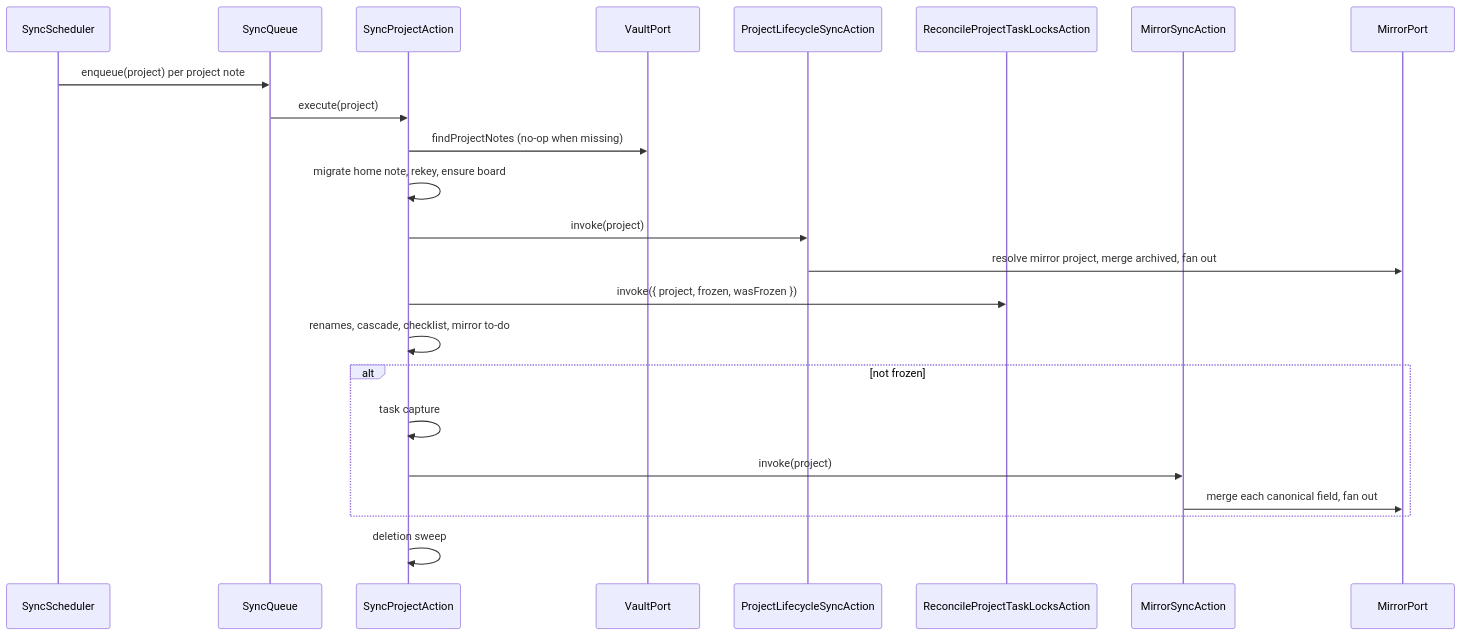
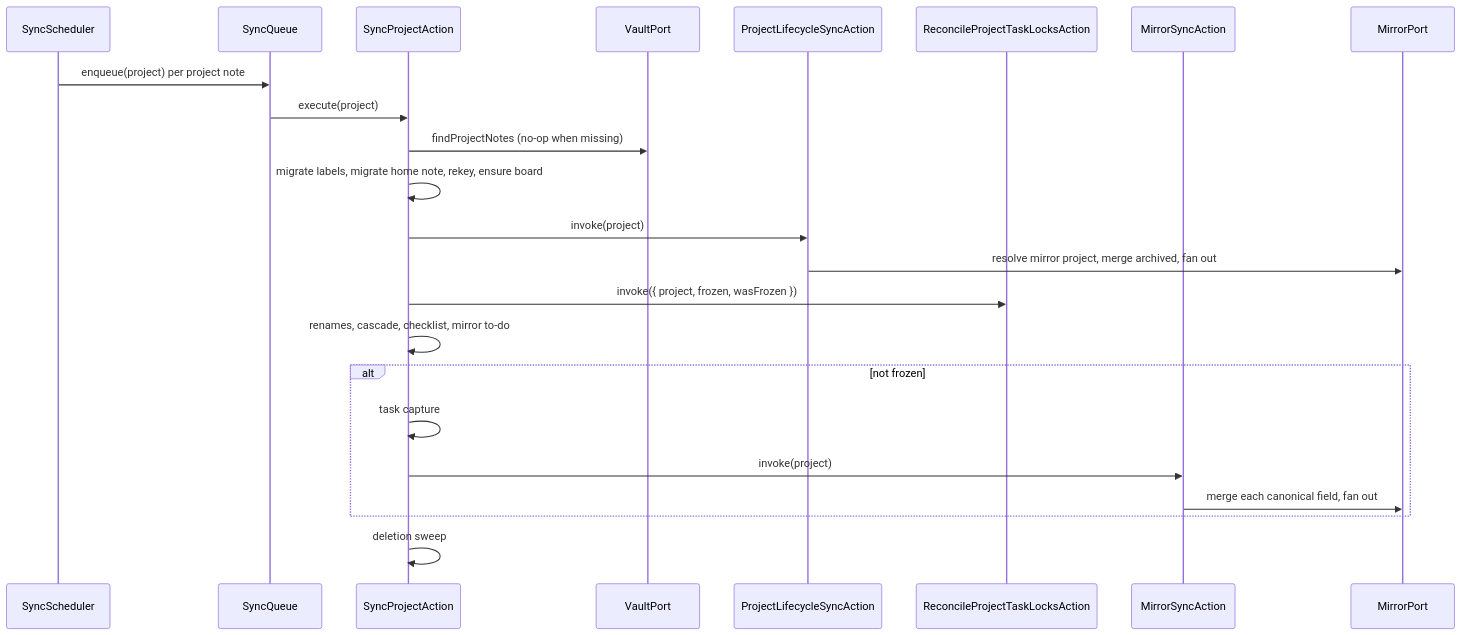
Before and after one commit to 99linesofcode/obsidian-project-management: the diagram in ARCHITECTURE.md, drawn with Mermaid. The commit also changed other lines of this file and 1 other file, not shown here.

First line of the commit message:
docs(migration): the leading migrate-labels step

````diff
--- a/ARCHITECTURE.md
+++ b/ARCHITECTURE.md
@@ -123,26 +125,26 @@
 ```mermaid
 sequenceDiagram
   participant Sched as SyncScheduler
   participant Q as SyncQueue
   participant SP as SyncProjectAction
   participant V as VaultPort
   participant Life as ProjectLifecycleSyncAction
   participant Lock as ReconcileProjectTaskLocksAction
   participant TF as MirrorSyncAction
   participant M as MirrorPort
 
   Sched->>Q: enqueue(project) per project note
   Q->>SP: execute(project)
   SP->>V: findProjectNotes (no-op when missing)
-  SP->>SP: migrate home note, rekey, ensure board
+  SP->>SP: migrate labels, migrate home note, rekey, ensure board
   SP->>Life: invoke(project)
   Life->>M: resolve mirror project, merge archived, fan out
   SP->>Lock: invoke({ project, frozen, wasFrozen })
   SP->>SP: renames, cascade, checklist, mirror to-do
   alt not frozen
     SP->>SP: task capture
     SP->>TF: invoke(project)
     TF->>M: merge each canonical field, fan out
   end
   SP->>SP: deletion sweep
 ```
````
